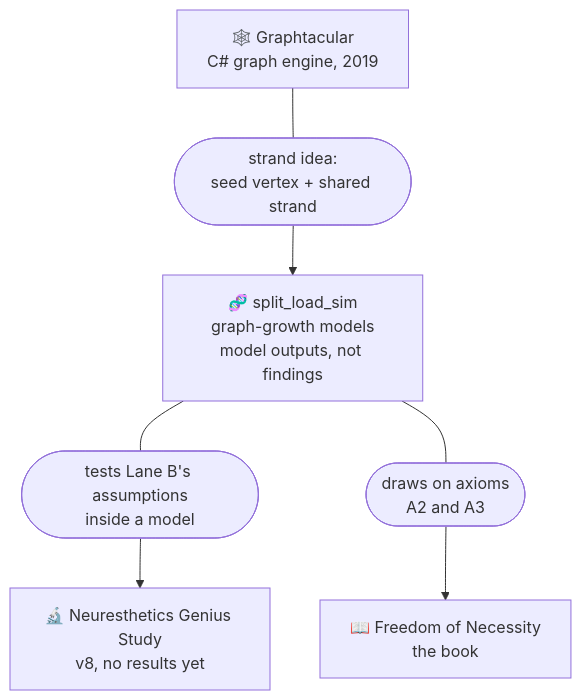
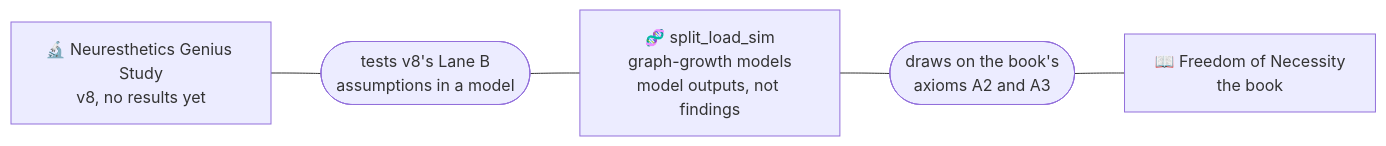
The diagram in README.md (neuresthetics/neuresthetics), drawn with Mermaid before and after one commit. The commit also changed other lines of this file, not shown here.

Commit message:
Profile: side-by-side map (study, split_load_sim, book); Graphtacular out of the map as relic

````diff
--- a/README.md
+++ b/README.md
@@ -72,13 +72,9 @@
 ```mermaid
-flowchart TD
-  G["🕸️ Graphtacular<br/>C# graph engine, 2019"]
+flowchart LR
+  ST["🔬 Neuresthetics Genius Study<br/>v8, no results yet"]
   S["🧬 split_load_sim<br/>graph-growth models<br/>model outputs, not findings"]
-  ST["🔬 Neuresthetics Genius Study<br/>v8, no results yet"]
   B["📖 Freedom of Necessity<br/>the book"]
-  r1(["strand idea:<br/>seed vertex + shared strand"])
-  r2(["tests Lane B's assumptions<br/>inside a model"])
-  r3(["draws on axioms<br/>A2 and A3"])
-  G --- r1 --> S
-  S --- r2 --> ST
-  S --- r3 --> B
+  r2(["tests v8's Lane B<br/>assumptions in a model"])
+  r3(["draws on the book's<br/>axioms A2 and A3"])
+  ST --- r2 --- S --- r3 --- B
 ```
````
